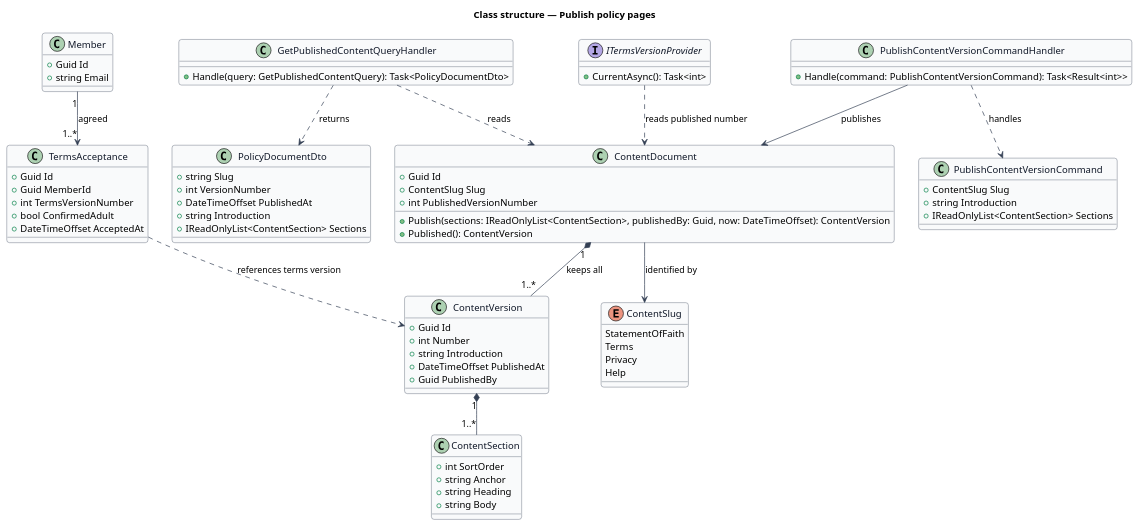
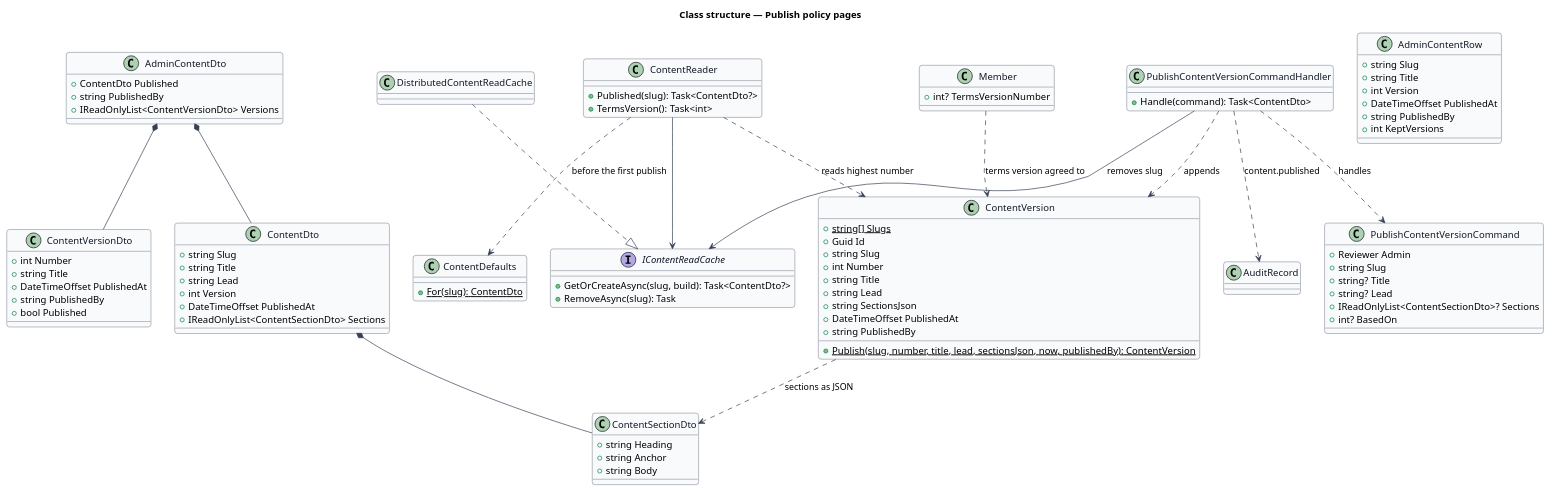
Before and after one commit to QuinntyneBrown/jubilee: the diagram in docs/detailed-designs/trust-content/publish-policy-pages/diagrams/class-structure.puml, drawn with PlantUML. The commit also changed 18 other files, not shown here.

Commit message:
Journey 22: L2-226 (publish a policy version), ADR 0066 and the design as built

```diff
--- a/docs/detailed-designs/trust-content/publish-policy-pages/diagrams/class-structure.puml
+++ b/docs/detailed-designs/trust-content/publish-policy-pages/diagrams/class-structure.puml
@@ -1,95 +1,115 @@
 @startuml
 ' --- shared skin header ---
 skinparam backgroundColor #FFFFFF
 skinparam shadowing false
 skinparam roundcorner 8
 skinparam defaultFontName Arial
 skinparam ArrowColor #344054
 skinparam class {
   BorderColor #344054
   FontColor #101828
   BackgroundColor #F9FAFB
 }
 ' --------------------------
 title Class structure — Publish policy pages
 
-enum ContentSlug {
-  StatementOfFaith
-  Terms
-  Privacy
-  Help
+class ContentVersion {
+  +{static} string[] Slugs
+  +Guid Id
+  +string Slug
+  +int Number
+  +string Title
+  +string Lead
+  +string SectionsJson
+  +DateTimeOffset PublishedAt
+  +string PublishedBy
+  +{static} Publish(slug, number, title, lead, sectionsJson, now, publishedBy): ContentVersion
 }
 
-class ContentDocument {
-  +Guid Id
-  +ContentSlug Slug
-  +int PublishedVersionNumber
-  +Publish(sections: IReadOnlyList<ContentSection>, publishedBy: Guid, now: DateTimeOffset): ContentVersion
-  +Published(): ContentVersion
-}
-
-class ContentVersion {
-  +Guid Id
-  +int Number
-  +string Introduction
-  +DateTimeOffset PublishedAt
-  +Guid PublishedBy
-}
-
-class ContentSection {
-  +int SortOrder
+class ContentSectionDto {
+  +string Heading
   +string Anchor
-  +string Heading
   +string Body
 }
 
-class PolicyDocumentDto {
+class ContentDto {
   +string Slug
-  +int VersionNumber
+  +string Title
+  +string Lead
+  +int Version
   +DateTimeOffset PublishedAt
-  +string Introduction
-  +IReadOnlyList<ContentSection> Sections
+  +IReadOnlyList<ContentSectionDto> Sections
 }
 
-class GetPublishedContentQueryHandler {
-  +Handle(query: GetPublishedContentQuery): Task<PolicyDocumentDto>
+class AdminContentRow {
+  +string Slug
+  +string Title
+  +int Version
+  +DateTimeOffset PublishedAt
+  +string PublishedBy
+  +int KeptVersions
 }
 
+class AdminContentDto {
+  +ContentDto Published
+  +string PublishedBy
+  +IReadOnlyList<ContentVersionDto> Versions
+}
+
+class ContentVersionDto {
+  +int Number
+  +string Title
+  +DateTimeOffset PublishedAt
+  +string PublishedBy
+  +bool Published
+}
+
+class ContentDefaults {
+  +{static} For(slug): ContentDto
+}
+
+class ContentReader {
+  +Published(slug): Task<ContentDto?>
+  +TermsVersion(): Task<int>
+}
+
+interface IContentReadCache {
+  +GetOrCreateAsync(slug, build): Task<ContentDto?>
+  +RemoveAsync(slug): Task
+}
+
+class DistributedContentReadCache
+
 class PublishContentVersionCommand {
-  +ContentSlug Slug
-  +string Introduction
-  +IReadOnlyList<ContentSection> Sections
+  +Reviewer Admin
+  +string Slug
+  +string? Title
+  +string? Lead
+  +IReadOnlyList<ContentSectionDto>? Sections
+  +int? BasedOn
 }
 
 class PublishContentVersionCommandHandler {
-  +Handle(command: PublishContentVersionCommand): Task<Result<int>>
+  +Handle(command): Task<ContentDto>
 }
 
-class TermsAcceptance {
-  +Guid Id
-  +Guid MemberId
-  +int TermsVersionNumber
-  +bool ConfirmedAdult
-  +DateTimeOffset AcceptedAt
+class AuditRecord
+
+class Member {
+  +int? TermsVersionNumber
 }
 
-interface ITermsVersionProvider {
-  +CurrentAsync(): Task<int>
-}
-
-class Member {
-  +Guid Id
-  +string Email
-}
-
-ContentDocument --> ContentSlug : identified by
-ContentDocument "1" *-- "1..*" ContentVersion : keeps all
-ContentVersion "1" *-- "1..*" ContentSection
-GetPublishedContentQueryHandler ..> ContentDocument : reads
-GetPublishedContentQueryHandler ..> PolicyDocumentDto : returns
+ContentVersion ..> ContentSectionDto : sections as JSON
+ContentDto *-- ContentSectionDto
+AdminContentDto *-- ContentDto
+AdminContentDto *-- ContentVersionDto
+ContentReader --> IContentReadCache
+ContentReader ..> ContentVersion : reads highest number
+ContentReader ..> ContentDefaults : before the first publish
+DistributedContentReadCache ..|> IContentReadCache
 PublishContentVersionCommandHandler ..> PublishContentVersionCommand : handles
-PublishContentVersionCommandHandler --> ContentDocument : publishes
-Member "1" --> "1..*" TermsAcceptance : agreed
-TermsAcceptance ..> ContentVersion : references terms version
-ITermsVersionProvider ..> ContentDocument : reads published number
+PublishContentVersionCommandHandler ..> ContentVersion : appends
+PublishContentVersionCommandHandler ..> AuditRecord : content.published
+PublishContentVersionCommandHandler --> IContentReadCache : removes slug
+Member ..> ContentVersion : terms version agreed to
 @enduml
```
